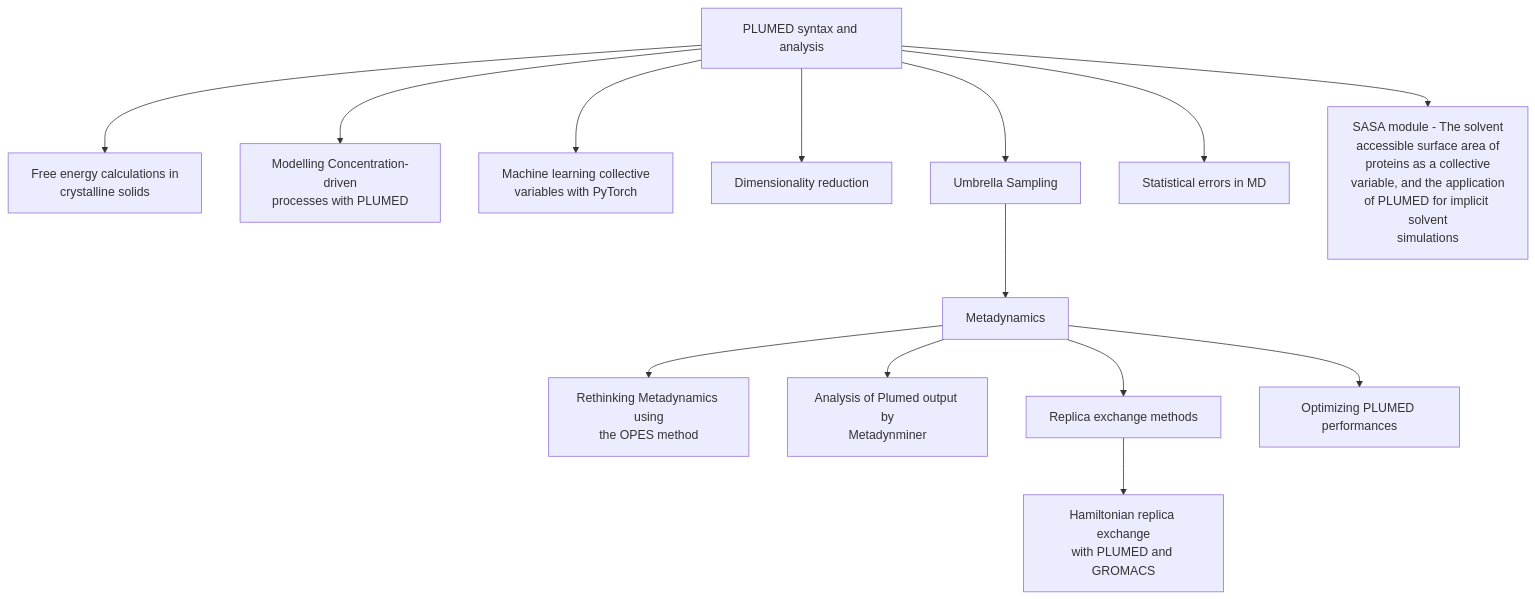
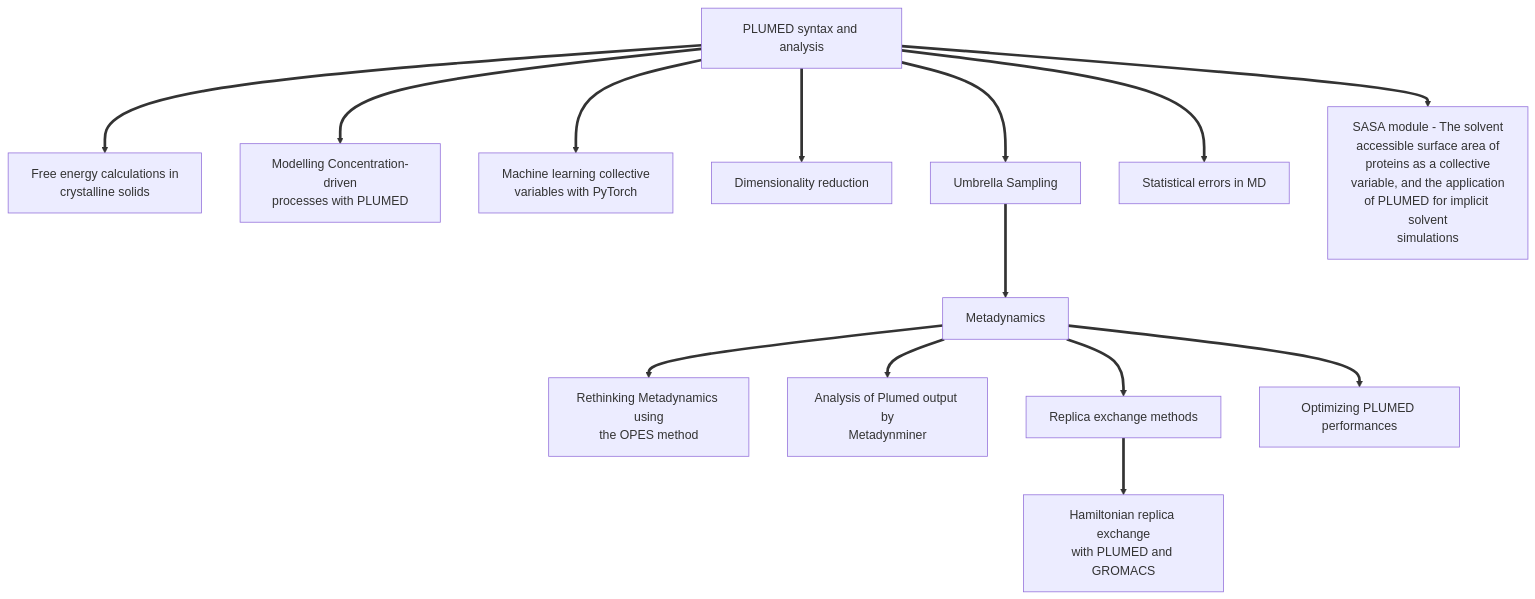
The first of 2 diagrams in summarygraph.md (gtribello/test-nest-tables), drawn with Mermaid before and after one commit.

````diff
--- a/summarygraph.md
+++ b/summarygraph.md
@@ -9,41 +9,41 @@
 ```mermaid   
 flowchart TD
-  0[Free energy calculations in
-crystalline solids];
-  1[PLUMED syntax and analysis]
-  2[Metadynamics];
-  3[Rethinking Metadynamics using
-the OPES method];
-  4[Modelling Concentration-driven
-processes with PLUMED];
-  5[Machine learning collective
-variables with PyTorch];
-  6[Analysis of Plumed output by
-Metadynminer];
-  7[Dimensionality reduction];
-  8[Umbrella Sampling];
-  9[Statistical errors in MD];
-  10[SASA module - The solvent
+  0["`Free energy calculations in
+    crystalline solids`"];
+  1["`PLUMED syntax and analysis`"]
+  2["`Metadynamics`"];
+  3["`Rethinking Metadynamics using
+the OPES method`"];
+  4["`Modelling Concentration-driven
+processes with PLUMED`"];
+  5["`Machine learning collective
+variables with PyTorch`"];
+  6["`Analysis of Plumed output by
+Metadynminer`"];
+  7["`Dimensionality reduction`"];
+  8["`Umbrella Sampling`"];
+  9["`Statistical errors in MD`"];
+  10["`SASA module - The solvent
 accessible surface area of
 proteins as a collective
 variable, and the application
 of PLUMED for implicit solvent
-simulations];
-  11[Hamiltonian replica exchange
-with PLUMED and GROMACS];
-  12[Replica exchange methods];
-  13[Optimizing PLUMED performances];
-  1-->0;
-  1-->4;
-  1-->5;
-  1-->7;
-  1-->8;
-  1-->9;
-  1-->10;
-  2-->3;
-  2-->6;
-  2-->12;
-  2-->13;
-  8-->2;
-  12-->11;
+simulations`"];
+  11["`Hamiltonian replica exchange
+with PLUMED and GROMACS`"];
+  12["`Replica exchange methods`"];
+  13["`Optimizing PLUMED performances`"];
+  1==>0;
+  1==>4;
+  1==>5;
+  1==>7;
+  1==>8;
+  1==>9;
+  1==>10;
+  2==>3;
+  2==>6;
+  2==>12;
+  2==>13;
+  8==>2;
+  12==>11;
 ```
````
